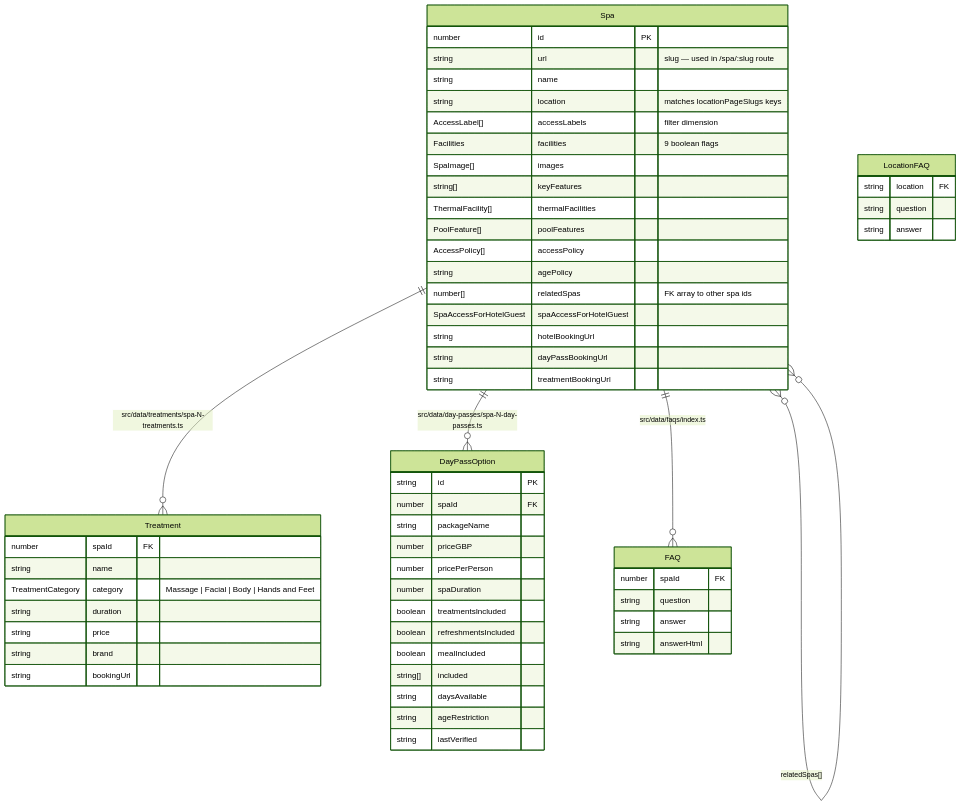
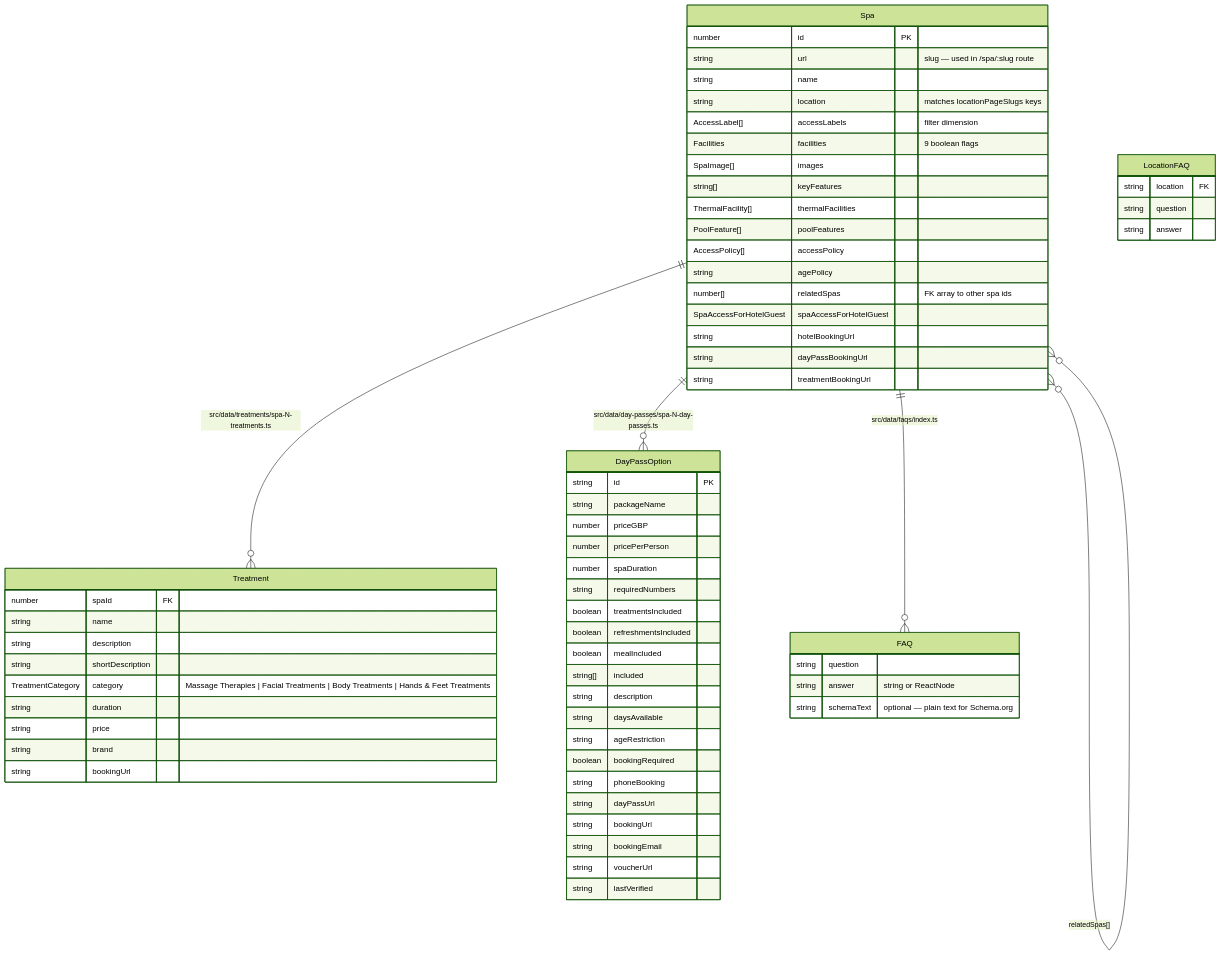
The diagram in .claude/diagrams/01-data-layer.md (MattyGlen123/lake-district-spas), drawn with Mermaid (forest theme) before and after one commit.

Commit message:
chore: update diagrams

````diff
--- a/.claude/diagrams/01-data-layer.md
+++ b/.claude/diagrams/01-data-layer.md
@@ -3,66 +3,74 @@
 ```mermaid
 erDiagram
     Spa {
         number id PK
         string url "slug — used in /spa/:slug route"
         string name
         string location "matches locationPageSlugs keys"
         AccessLabel[] accessLabels "filter dimension"
         Facilities facilities "9 boolean flags"
         SpaImage[] images
         string[] keyFeatures
         ThermalFacility[] thermalFacilities
         PoolFeature[] poolFeatures
         AccessPolicy[] accessPolicy
         string agePolicy
         number[] relatedSpas "FK array to other spa ids"
         SpaAccessForHotelGuest spaAccessForHotelGuest
         string hotelBookingUrl
         string dayPassBookingUrl
         string treatmentBookingUrl
     }
 
     Treatment {
         number spaId FK
         string name
-        TreatmentCategory category "Massage | Facial | Body | Hands and Feet"
+        string description
+        string shortDescription
+        TreatmentCategory category "Massage Therapies | Facial Treatments | Body Treatments | Hands & Feet Treatments"
         string duration
         string price
         string brand
         string bookingUrl
     }
 
     DayPassOption {
         string id PK
-        number spaId FK
         string packageName
         number priceGBP
         number pricePerPerson
         number spaDuration
+        string requiredNumbers
         boolean treatmentsIncluded
         boolean refreshmentsIncluded
         boolean mealIncluded
         string[] included
+        string description
         string daysAvailable
         string ageRestriction
+        boolean bookingRequired
+        string phoneBooking
+        string dayPassUrl
+        string bookingUrl
+        string bookingEmail
+        string voucherUrl
         string lastVerified
     }
 
     FAQ {
-        number spaId FK
         string question
-        string answer
-        string answerHtml
+        string answer "string or ReactNode"
+        string schemaText "optional — plain text for Schema.org"
     }
 
     LocationFAQ {
         string location FK
         string question
         string answer
     }
 
     Spa ||--o{ Treatment : "src/data/treatments/spa-N-treatments.ts"
     Spa ||--o{ DayPassOption : "src/data/day-passes/spa-N-day-passes.ts"
     Spa ||--o{ FAQ : "src/data/faqs/index.ts"
     Spa }o--o{ Spa : "relatedSpas[]"
 ```
````
